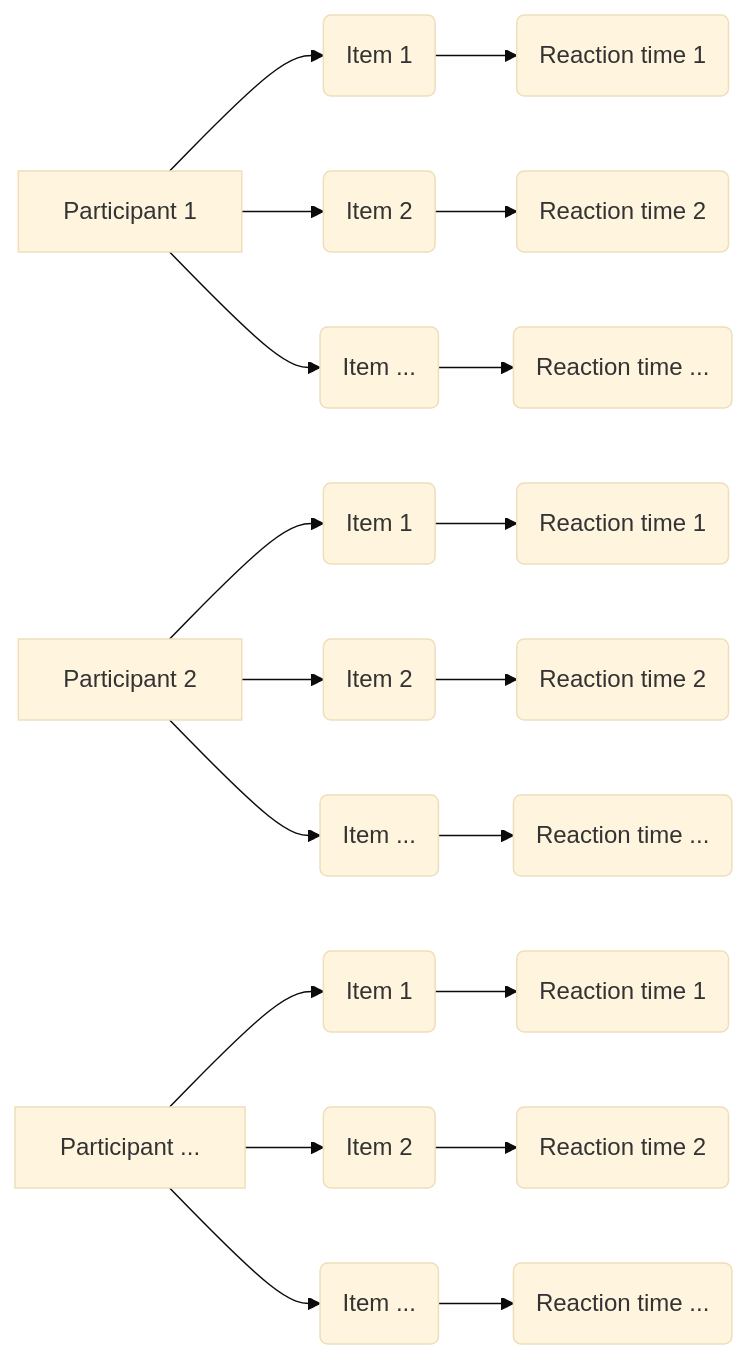
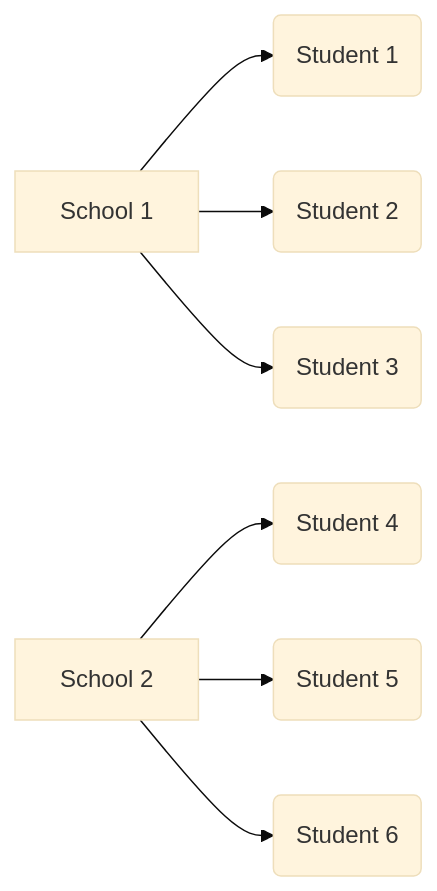
The diagram in Mixed_effects_regression.qmd (VBuskin/Stats_with_R), drawn with Mermaid (base theme) before and after one commit. The commit also changed other lines of this file and 170 other files, not shown here.

````diff
--- a/Mixed_effects_regression.qmd
+++ b/Mixed_effects_regression.qmd
@@ -59,17 +69,13 @@
 ```{mermaid}
-%%| fig-width: 8
-%%| fig-height: 8
+%%| fig-width: 4
+%%| fig-height: 4
 graph LR
-    A1[Participant 1] --> B11(Item 1) --> C11(Reaction time 1)
-    A1[Participant 1] --> B12(Item 2) --> C12(Reaction time 2)
-    A1[Participant 1] --> B13(Item ...) --> C13(Reaction time ...)
-
-    A2[Participant 2] --> B21(Item 1) --> C21(Reaction time 1)
-    A2[Participant 2] --> B22(Item 2) --> C22(Reaction time 2)
-    A2[Participant 2] --> B23(Item ...) --> C23(Reaction time ...)
-  
-    A3[Participant ...] --> B31(Item 1) --> C31(Reaction time 1)
-    A3[Participant ...] --> B32(Item 2) --> C32(Reaction time 2)
-    A3[Participant ...] --> B33(Item ...) --> C33(Reaction time ...)
-  
+    A1[School 1] --> B11(Student 1)
+    A1[School 1] --> B12(Student 2)
+    A1[School 1] --> B13(Student 3)
+    
+    A2[School 2] --> B21(Student 4)
+    A2[School 2] --> B22(Student 5)
+    A2[School 2] --> B23(Student 6)
+    
 ```
````
